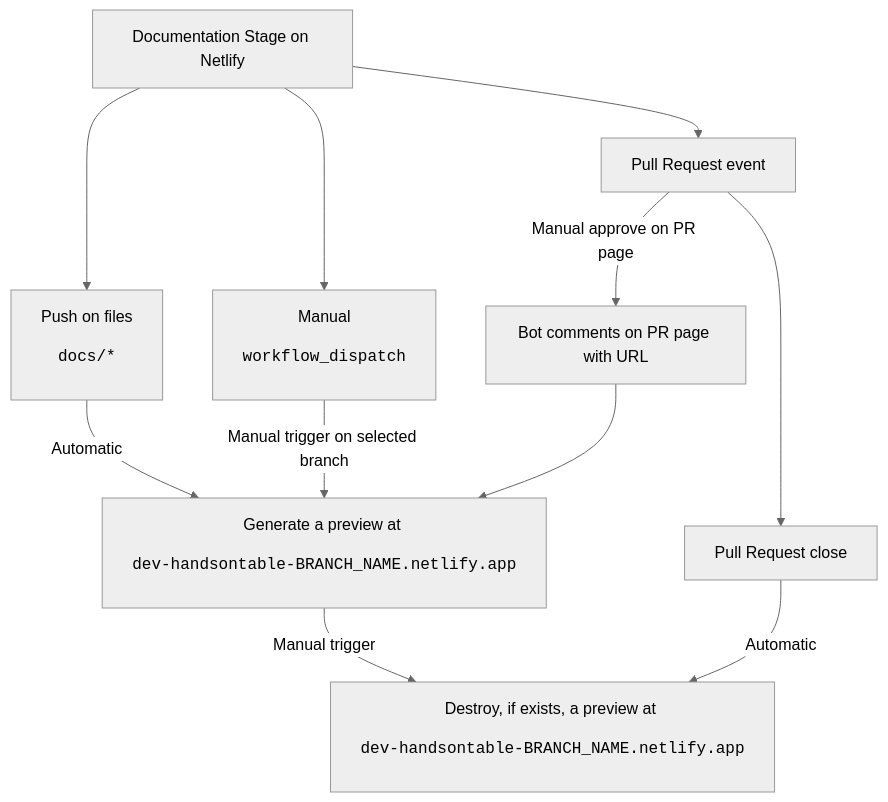
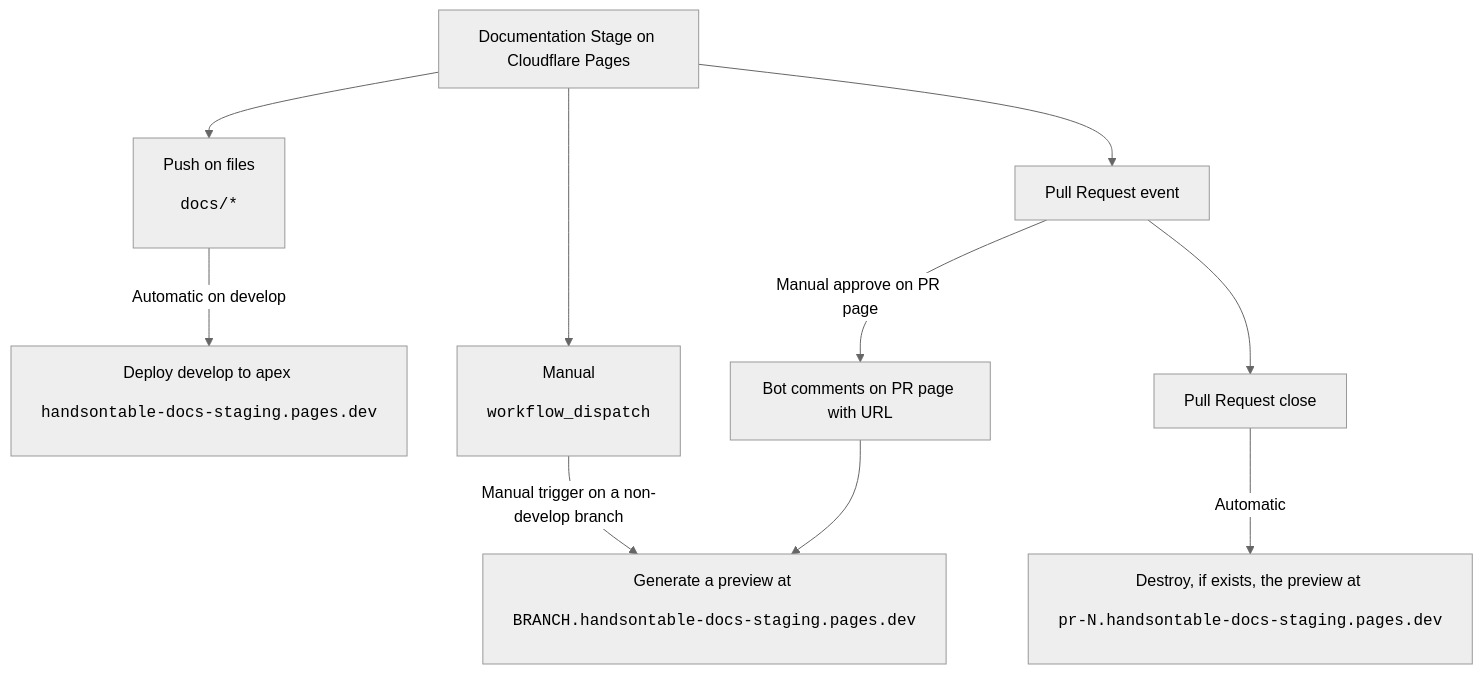
The diagram in docs/README-DEPLOYMENT.md (handsontable/handsontable), drawn with Mermaid (neutral theme) before and after one commit. The commit also changed other lines of this file and 41 other files, not shown here.

First line of the commit message:
ci(docs): migrate documentation deployment fully to Cloudflare Pages, remove Netlify (#12818)

````diff
--- a/docs/README-DEPLOYMENT.md
+++ b/docs/README-DEPLOYMENT.md
@@ -31,19 +32,19 @@
 ```mermaid
 flowchart TD
-    Docs[Documentation Stage on Netlify]
+    Docs[Documentation Stage on Cloudflare Pages]
     Push[Push on files <pre>docs/*</pre>]
     Manual[Manual <pre>workflow_dispatch</pre>]
     PullRequest[Pull Request event]
     PullRequestClose[Pull Request close]
-    Generate[Generate a preview at <pre>dev-handsontable-BRANCH_NAME.netlify.app</pre>]
-    Destory[Destroy, if exists, a preview at <pre>dev-handsontable-BRANCH_NAME.netlify.app</pre>]
-    Push -->|Automatic| Generate
-    Manual -->|Manual trigger on selected branch| Generate
-    PullRequest --> |Manual approve on PR page| Comment[Bot comments on PR page with URL]  --> Generate
-    PullRequestClose --> |Automatic| Destory
-    Generate -->|Manual trigger| Destory
+    Apex[Deploy develop to apex <pre>handsontable-docs-staging.pages.dev</pre>]
+    Preview[Generate a preview at <pre>BRANCH.handsontable-docs-staging.pages.dev</pre>]
+    Destroy[Destroy, if exists, the preview at <pre>pr-N.handsontable-docs-staging.pages.dev</pre>]
+    Push -->|Automatic on develop| Apex
+    Manual -->|Manual trigger on a non-develop branch| Preview
+    PullRequest --> |Manual approve on PR page| Comment[Bot comments on PR page with URL]  --> Preview
+    PullRequestClose --> |Automatic| Destroy
     Docs --> Push
     Docs --> Manual
     Docs --> PullRequest
     PullRequest --> PullRequestClose
 ```
````
